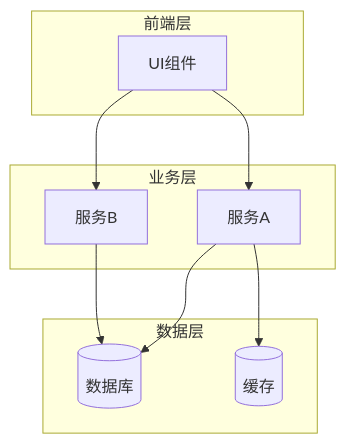
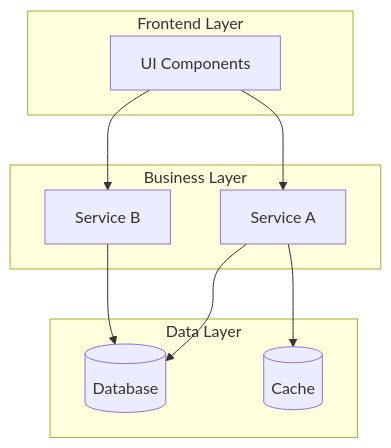
One commit to mjczz/project-analyzer changed the fourth of 16 diagrams in TEMPLATE.md. Above: the diagram before and after it, drawn with Mermaid. The commit also changed other lines of this file and 8 other files, not shown here.

````diff
--- a/TEMPLATE.md
+++ b/TEMPLATE.md
@@ -110,22 +110,22 @@
 ```mermaid
 graph TB
-    subgraph "前端层"
-        A[UI组件]
+    subgraph "Frontend Layer"
+        A[UI Components]
     end
 
-    subgraph "业务层"
-        B[服务A]
-        C[服务B]
+    subgraph "Business Layer"
+        B[Service A]
+        C[Service B]
     end
 
-    subgraph "数据层"
-        D[(数据库)]
-        E[(缓存)]
+    subgraph "Data Layer"
+        D[(Database)]
+        E[(Cache)]
     end
 
     A --> B
     A --> C
     B --> D
     B --> E
     C --> D
 ```
````
